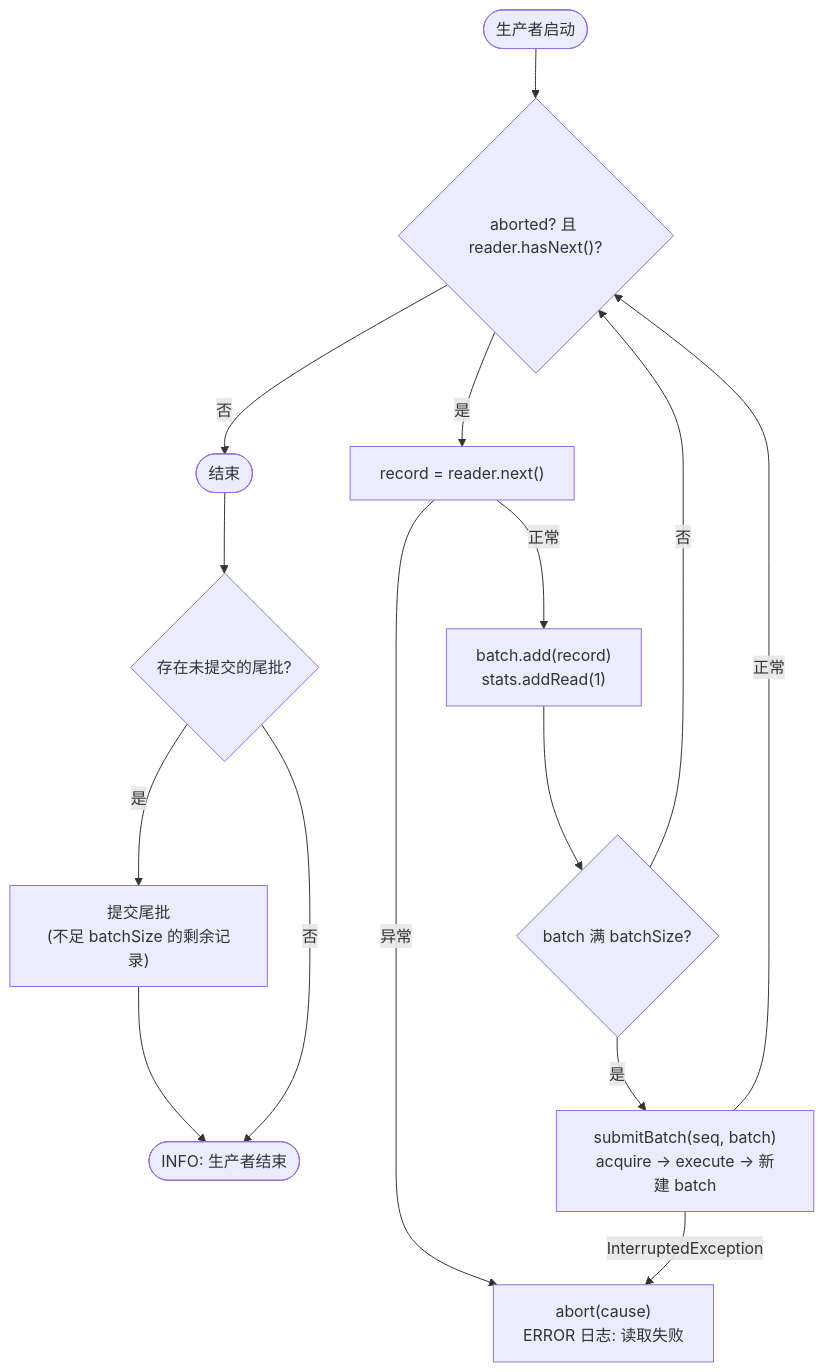
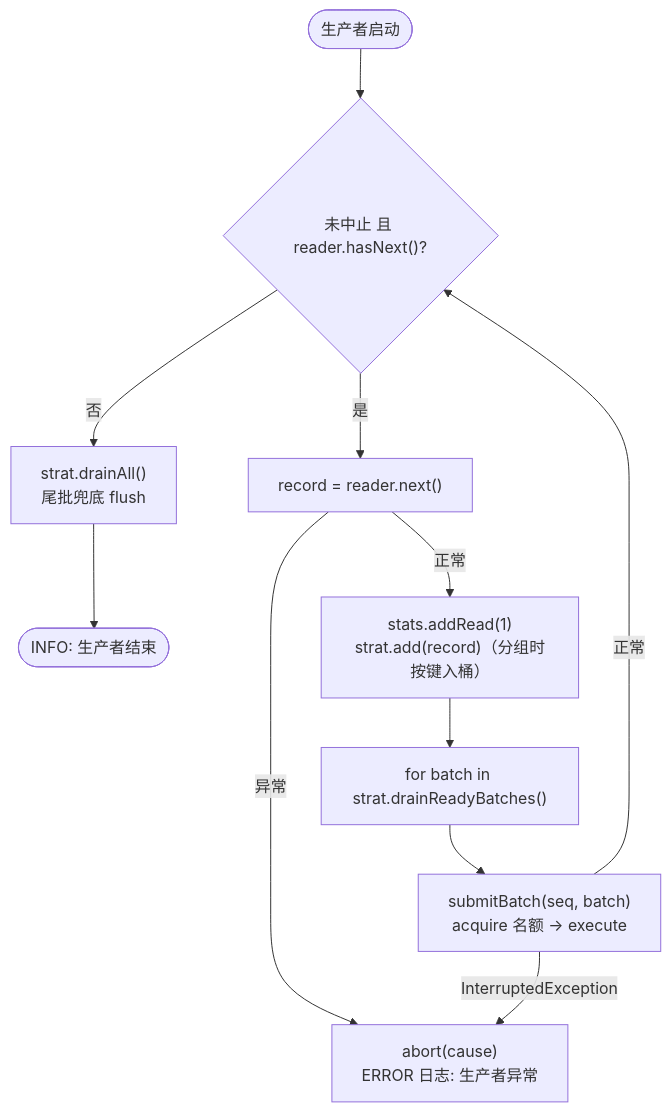
The fifth of 13 diagrams in DESIGN.md (owengoodluck/java-batch-pipeline), drawn with Mermaid before and after one commit. The commit also changed other lines of this file and 31 other files, not shown here.

````diff
--- a/DESIGN.md
+++ b/DESIGN.md
@@ -368,17 +410,13 @@
 ```mermaid
 flowchart TB
-    A([生产者启动]) --> B{"aborted? 且 reader.hasNext()?"}
-    B -- 否 --> Z([结束])
+    A([生产者启动]) --> B{"未中止 且 reader.hasNext()?"}
+    B -- 否 --> I["strat.drainAll()<br/>尾批兜底 flush"]
     B -- 是 --> C["record = reader.next()"]
-    C -->|异常| H["abort(cause)<br/>ERROR 日志: 读取失败"]
-    C -->|正常| D["batch.add(record)<br/>stats.addRead(1)"]
-    D --> E{"batch 满 batchSize?"}
-    E -- 否 --> B
-    E -- 是 --> F["submitBatch(seq, batch)<br/>acquire → execute → 新建 batch"]
+    C -->|异常| H["abort(cause)<br/>ERROR 日志: 生产者异常"]
+    C -->|正常| D["stats.addRead(1)<br/>strat.add(record)（分组时按键入桶）"]
+    D --> E["for batch in strat.drainReadyBatches()"]
+    E --> F["submitBatch(seq, batch)<br/>acquire 名额 → execute"]
     F -->|InterruptedException| H
     F -->|正常| B
-    Z --> I{"存在未提交的尾批?"}
-    I -- 是 --> J["提交尾批<br/>(不足 batchSize 的剩余记录)"]
-    I -- 否 --> K([INFO: 生产者结束])
-    J --> K
+    I --> K([INFO: 生产者结束])
 ```
````
